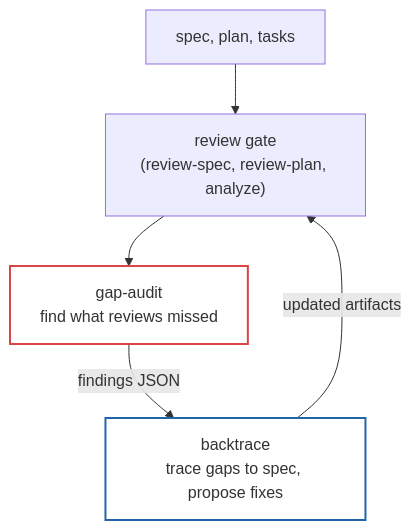
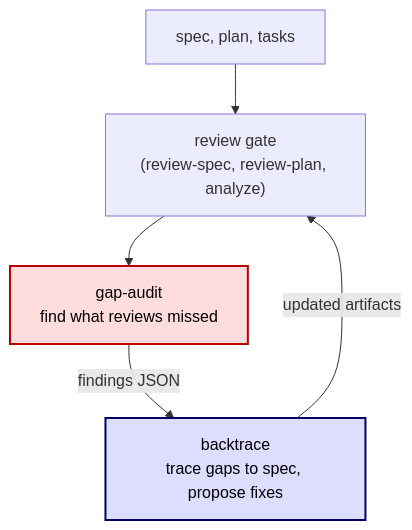
The diagram in README.md (mfleader/sdd-skills), drawn with Mermaid before and after one commit.

Commit message:
docs: fix diagram contrast with tinted backgrounds and dark text

````diff
--- a/README.md
+++ b/README.md
@@ -14,10 +14,10 @@
 ```mermaid
 flowchart TD
     A["spec, plan, tasks"] --> B["review gate<br>(review-spec, review-plan, analyze)"]
     B --> C["gap-audit<br>find what reviews missed"]
     C -->|"findings JSON"| D["backtrace<br>trace gaps to spec, propose fixes"]
     D -->|"updated artifacts"| B
 
-    style C fill:#fff,stroke:#d44,stroke-width:2px
-    style D fill:#fff,stroke:#26a,stroke-width:2px
+    style C fill:#fdd,stroke:#b00,stroke-width:2px,color:#000
+    style D fill:#ddf,stroke:#006,stroke-width:2px,color:#000
 ```
````
